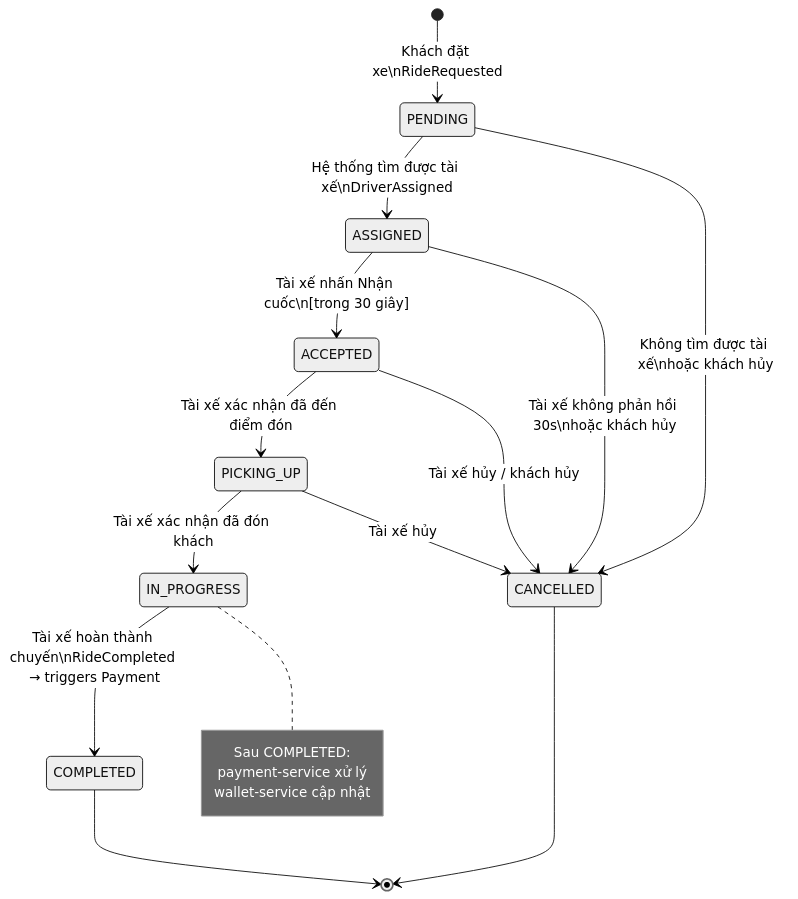
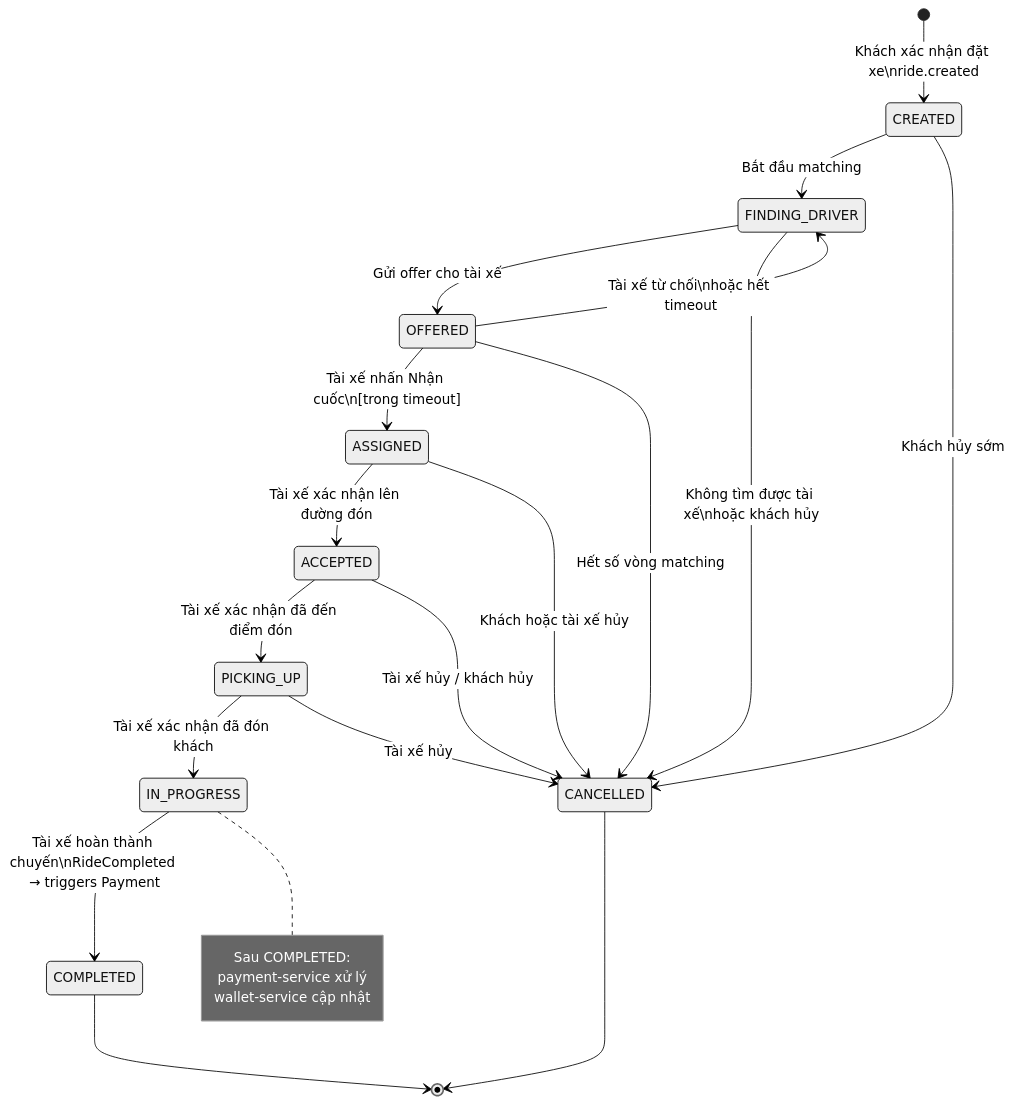
One commit to foxxiee04/Cab-Booking-System-Project changed the tenth of 23 diagrams in docs/bao-cao-kltn.md. Above: the diagram before and after it, drawn with Mermaid (neutral theme). The commit also changed other lines of this file and 30 other files, not shown here.

````diff
--- a/docs/bao-cao-kltn.md
+++ b/docs/bao-cao-kltn.md
@@ -1024,28 +1307,35 @@
 ```mermaid
 stateDiagram-v2
-    [*] --> PENDING : Khách đặt xe\nRideRequested
+    [*] --> CREATED : Khách xác nhận đặt xe\nride.created
 
-    PENDING --> ASSIGNED : Hệ thống tìm được tài xế\nDriverAssigned
+    CREATED --> FINDING_DRIVER : Bắt đầu matching
 
-    ASSIGNED --> ACCEPTED : Tài xế nhấn Nhận cuốc\n[trong 30 giây]
+    FINDING_DRIVER --> OFFERED : Gửi offer cho tài xế
+
+    OFFERED --> ASSIGNED : Tài xế nhấn Nhận cuốc\n[trong timeout]
+
+    ASSIGNED --> ACCEPTED : Tài xế xác nhận lên đường đón
 
     ACCEPTED --> PICKING_UP : Tài xế xác nhận đã đến điểm đón
 
     PICKING_UP --> IN_PROGRESS : Tài xế xác nhận đã đón khách
 
     IN_PROGRESS --> COMPLETED : Tài xế hoàn thành chuyến\nRideCompleted → triggers Payment
 
-    PENDING --> CANCELLED : Không tìm được tài xế\nhoặc khách hủy
-    ASSIGNED --> CANCELLED : Tài xế không phản hồi 30s\nhoặc khách hủy
+    CREATED --> CANCELLED : Khách hủy sớm
+    FINDING_DRIVER --> CANCELLED : Không tìm được tài xế\nhoặc khách hủy
+    OFFERED --> FINDING_DRIVER : Tài xế từ chối\nhoặc hết timeout
+    OFFERED --> CANCELLED : Hết số vòng matching
+    ASSIGNED --> CANCELLED : Khách hoặc tài xế hủy
     ACCEPTED --> CANCELLED : Tài xế hủy / khách hủy
     PICKING_UP --> CANCELLED : Tài xế hủy
 
     COMPLETED --> [*]
     CANCELLED --> [*]
 
     note right of IN_PROGRESS
         Sau COMPLETED:
         payment-service xử lý
         wallet-service cập nhật
     end note
 ```
````
